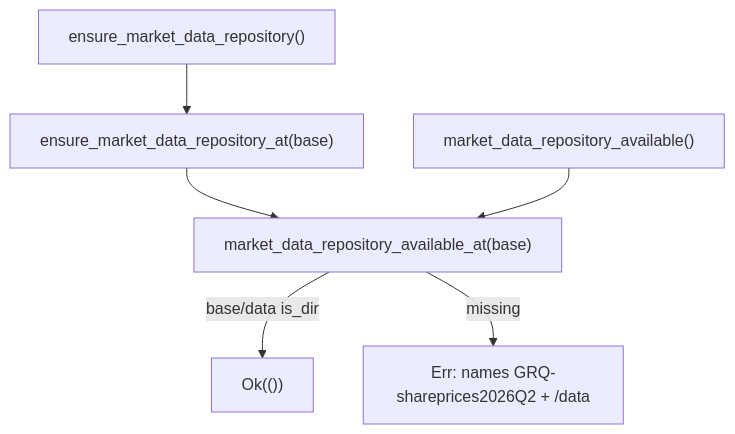
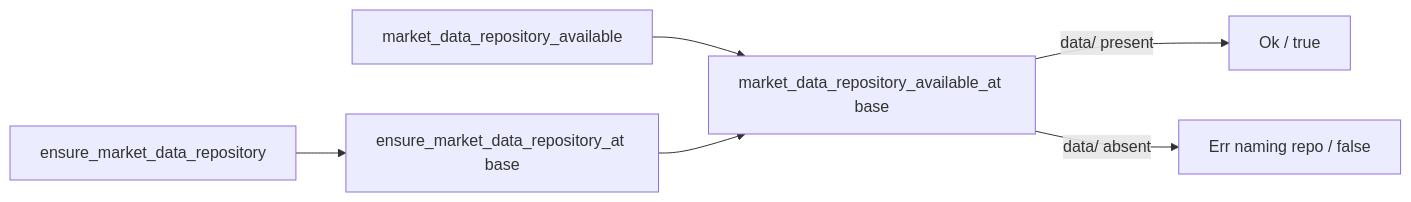
One commit to stSoftwareAU/GRQ-validation changed the diagram in docs/archive/pr-summaries/pr-summary-636.md. Above: the diagram before and after it, drawn with Mermaid. The commit also changed other lines of this file, not shown here.

````diff
--- a/docs/archive/pr-summaries/pr-summary-636.md
+++ b/docs/archive/pr-summaries/pr-summary-636.md
@@ -32,8 +28,8 @@
 ```mermaid
-flowchart TD
-    A["ensure_market_data_repository()"] --> B["ensure_market_data_repository_at(base)"]
-    B --> C["market_data_repository_available_at(base)"]
-    C -->|base/data is_dir| D["Ok(())"]
-    C -->|missing| E["Err: names GRQ-shareprices2026Q2 + /data"]
-    F["market_data_repository_available()"] --> C
+flowchart LR
+    A[ensure_market_data_repository] --> B[ensure_market_data_repository_at base]
+    C[market_data_repository_available] --> D[market_data_repository_available_at base]
+    B --> D
+    D -->|data/ present| OK[Ok / true]
+    D -->|data/ absent| ERR[Err naming repo / false]
 ```
````
